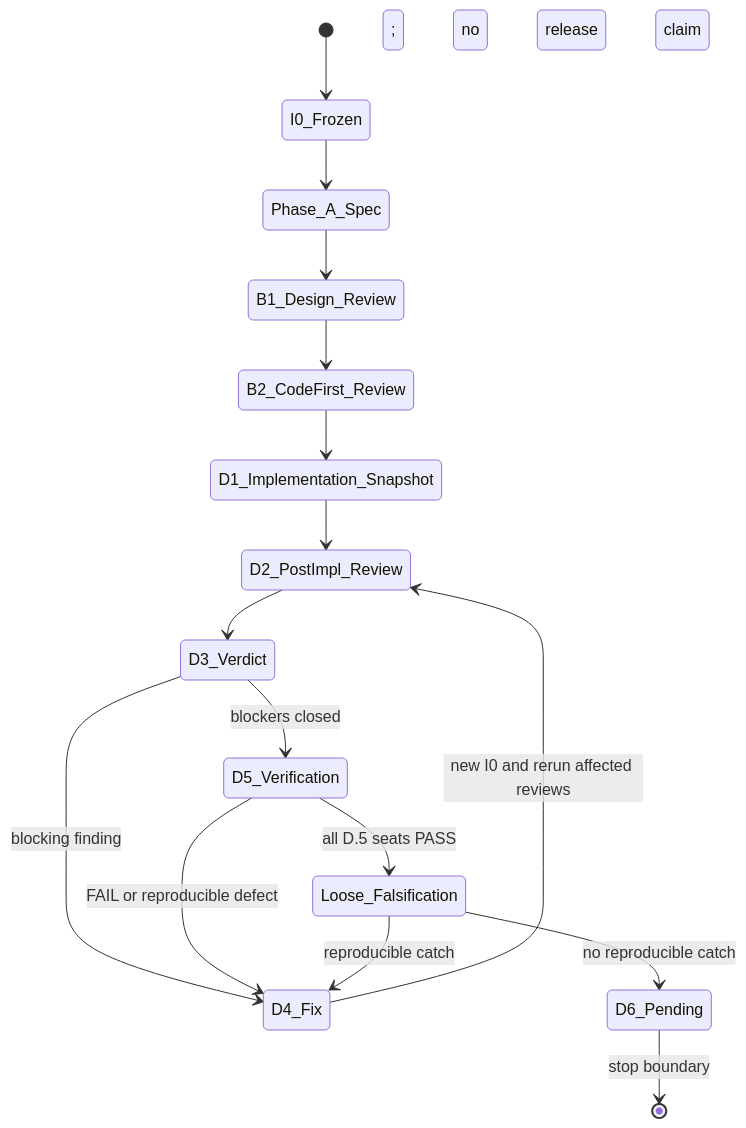
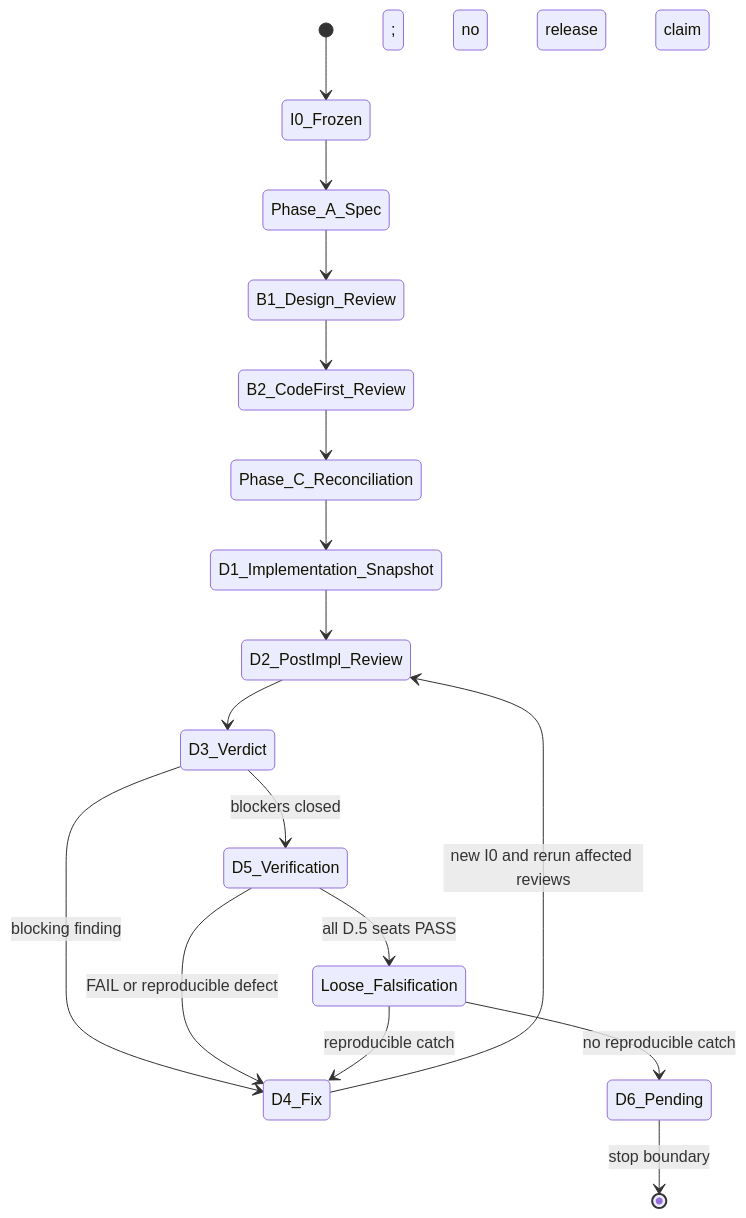
Before and after one commit to ohjonathan/Project-Ontos: the second of 2 diagrams in docs/specs/project-ontos-audit-rebaseline-remediation-spec.md, drawn with Mermaid. The commit also changed other lines of this file and 19 other files, not shown here.

````diff
--- a/docs/specs/project-ontos-audit-rebaseline-remediation-spec.md
+++ b/docs/specs/project-ontos-audit-rebaseline-remediation-spec.md
@@ -264,18 +275,19 @@
 ```mermaid
 stateDiagram-v2
   [*] --> I0_Frozen
   I0_Frozen --> Phase_A_Spec
   Phase_A_Spec --> B1_Design_Review
   B1_Design_Review --> B2_CodeFirst_Review
-  B2_CodeFirst_Review --> D1_Implementation_Snapshot
+  B2_CodeFirst_Review --> Phase_C_Reconciliation
+  Phase_C_Reconciliation --> D1_Implementation_Snapshot
   D1_Implementation_Snapshot --> D2_PostImpl_Review
   D2_PostImpl_Review --> D3_Verdict
   D3_Verdict --> D4_Fix: blocking finding
   D4_Fix --> D2_PostImpl_Review: new I0 and rerun affected reviews
   D3_Verdict --> D5_Verification: blockers closed
   D5_Verification --> D4_Fix: FAIL or reproducible defect
   D5_Verification --> Loose_Falsification: all D.5 seats PASS
   Loose_Falsification --> D4_Fix: reproducible catch
   Loose_Falsification --> D6_Pending: no reproducible catch
   D6_Pending --> [*]: stop boundary; no release claim
 ```
````
